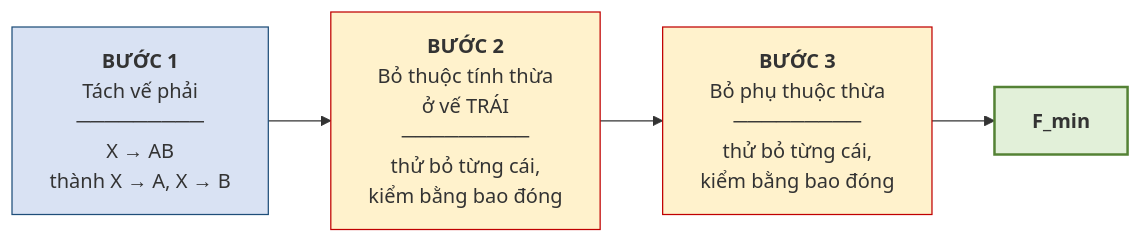
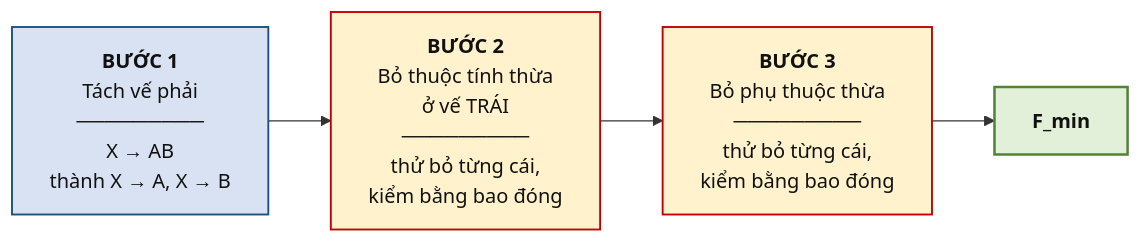
Before and after one commit to CuongNguyenDAU/csdl-dbs201: the diagram in docs/chuong-5/5-6-phu-toi-thieu.md, drawn with Mermaid. The commit also changed other lines of this file and 123 other files, not shown here.

Commit message:
Cập nhật bài giảng v7: sơ đồ ER ký pháp Chen, hình minh họa tự vẽ, mở rộng toàn diện Chương 5 và bổ sung lời giải A4, B5

````diff
--- a/docs/chuong-5/5-6-phu-toi-thieu.md
+++ b/docs/chuong-5/5-6-phu-toi-thieu.md
@@ -27,11 +27,11 @@
 ```mermaid
 flowchart LR
     B1["<b>BƯỚC 1</b><br/>Tách vế phải<br/>─────────<br/>X → AB<br/>thành X → A, X → B"]
     B2["<b>BƯỚC 2</b><br/>Bỏ thuộc tính thừa<br/>ở vế TRÁI<br/>─────────<br/>thử bỏ từng cái,<br/>kiểm bằng bao đóng"]
     B3["<b>BƯỚC 3</b><br/>Bỏ phụ thuộc thừa<br/>─────────<br/>thử bỏ từng cái,<br/>kiểm bằng bao đóng"]
     B1 --> B2 --> B3 --> KQ["<b>F_min</b>"]
-    style B1 fill:#D9E2F3,stroke:#1F4E79
-    style B2 fill:#FFF2CC,stroke:#C00000
-    style B3 fill:#FFF2CC,stroke:#C00000
-    style KQ fill:#E2F0D9,stroke:#548235,stroke-width:2px
+    style B1 fill:#D9E2F3,color:#111111,stroke:#1F4E79,stroke-width:1.5px
+    style B2 fill:#FFF2CC,color:#111111,stroke:#C00000,stroke-width:1.5px
+    style B3 fill:#FFF2CC,color:#111111,stroke:#C00000,stroke-width:1.5px
+    style KQ fill:#E2F0D9,color:#111111,stroke:#548235,stroke-width:2px
 ```
````
